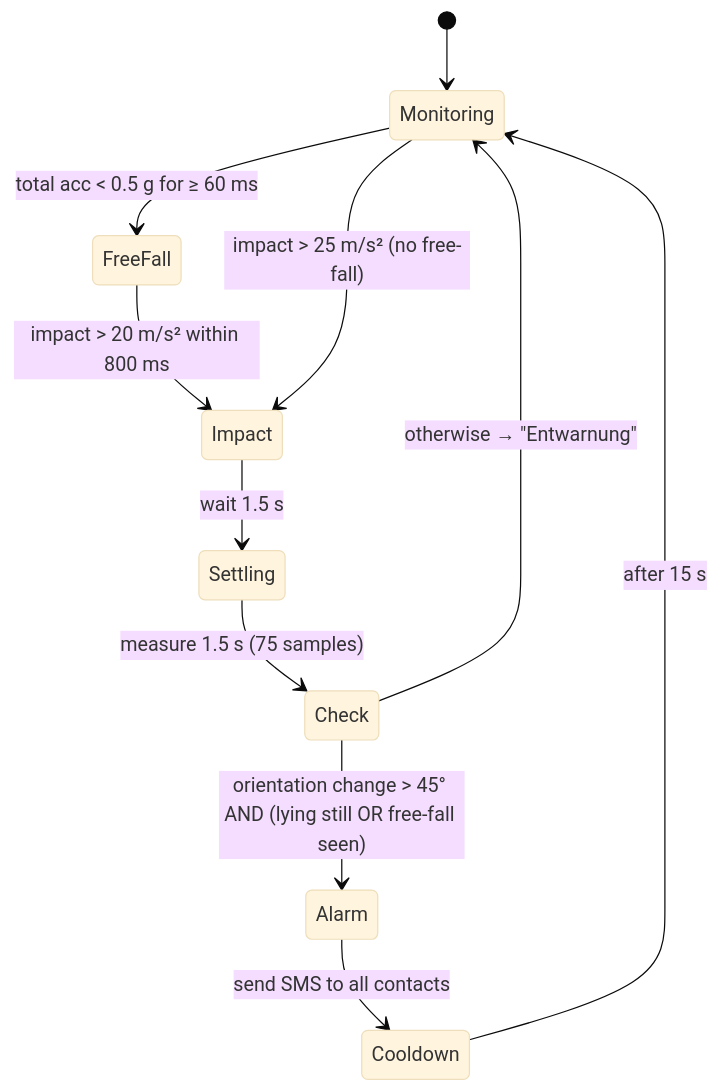
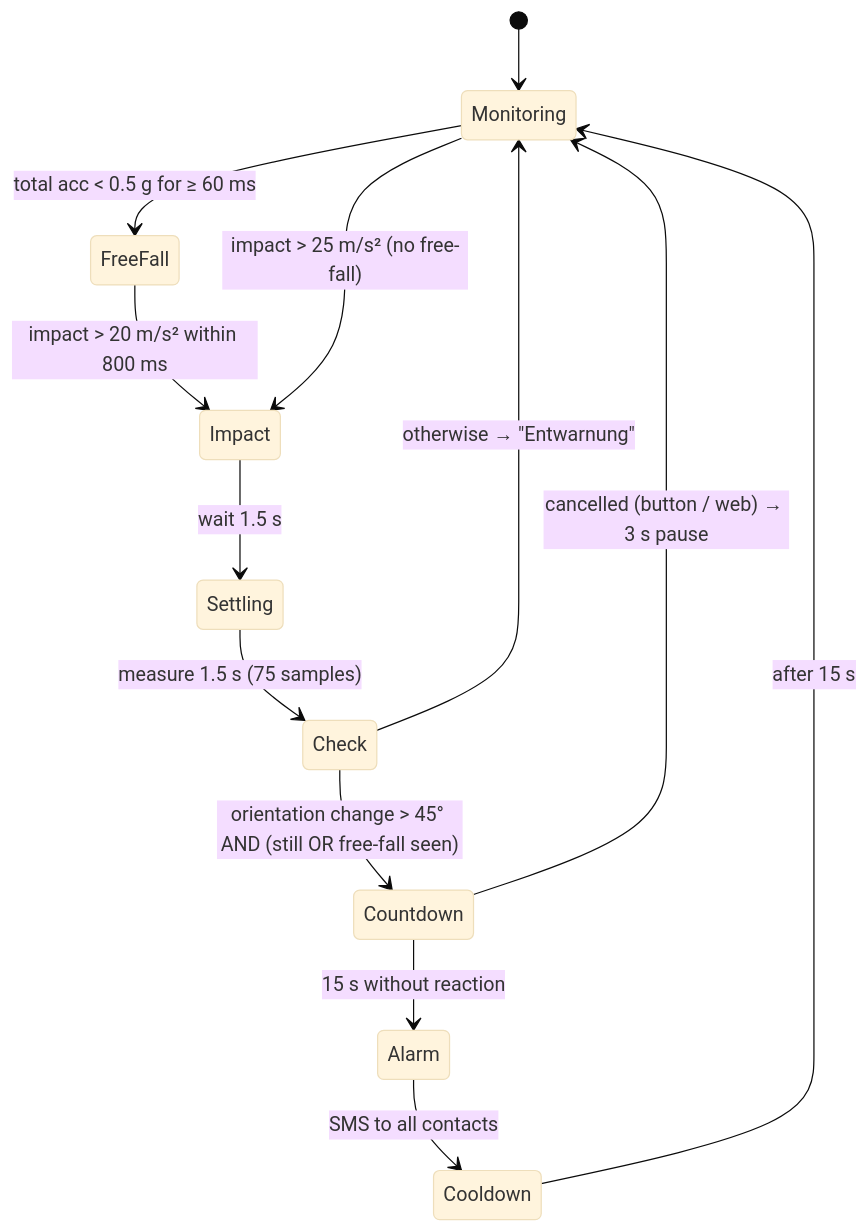
One commit to glena04/FallDetection-SOS changed the third of 3 diagrams in README.md. Above: the diagram before and after it, drawn with Mermaid (base theme). The commit also changed other lines of this file, not shown here.

````diff
--- a/README.md
+++ b/README.md
@@ -220,13 +264,15 @@
 ```mermaid
 stateDiagram-v2
     [*] --> Monitoring
     Monitoring --> FreeFall: total acc < 0.5 g for ≥ 60 ms
     FreeFall --> Impact: impact > 20 m/s² within 800 ms
     Monitoring --> Impact: impact > 25 m/s² (no free-fall)
     Impact --> Settling: wait 1.5 s
     Settling --> Check: measure 1.5 s (75 samples)
-    Check --> Alarm: orientation change > 45° AND (lying still OR free-fall seen)
+    Check --> Countdown: orientation change > 45° AND (still OR free-fall seen)
     Check --> Monitoring: otherwise → "Entwarnung"
-    Alarm --> Cooldown: send SMS to all contacts
+    Countdown --> Monitoring: cancelled (button / web) → 3 s pause
+    Countdown --> Alarm: 15 s without reaction
+    Alarm --> Cooldown: SMS to all contacts
     Cooldown --> Monitoring: after 15 s
 ```
````
